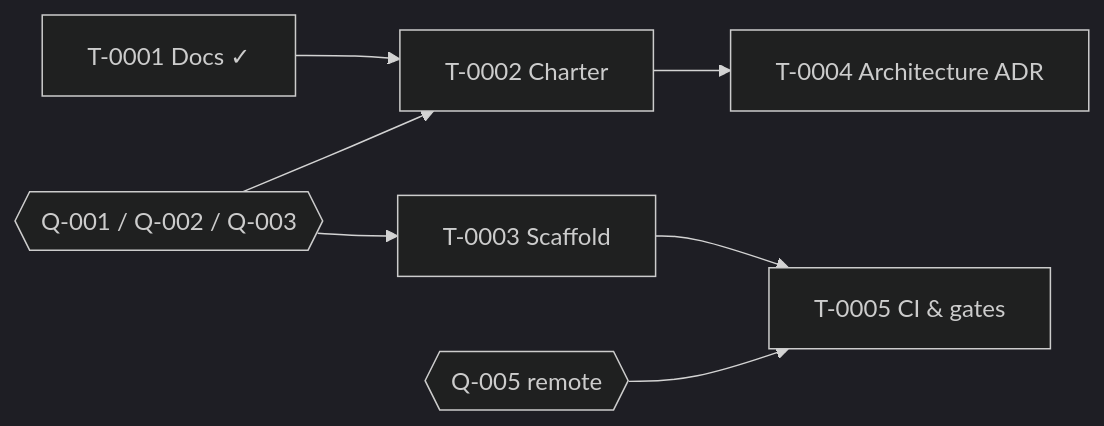
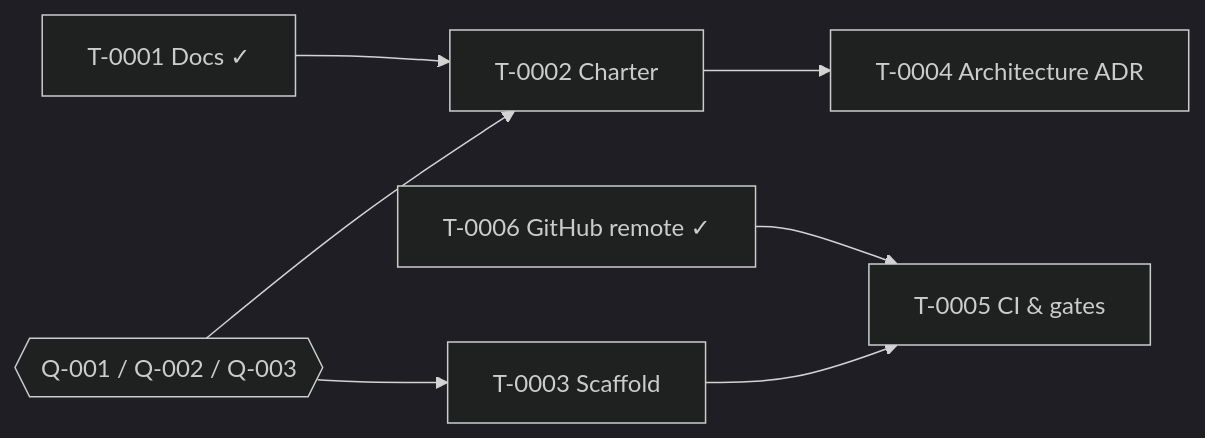
Before and after one commit to emiliev/mini-client-application: the diagram in documents/tasks/BOARD.md, drawn with Mermaid (dark theme). The commit also changed other lines of this file and 13 other files, not shown here.

First line of the commit message:
T-0006: Link GitHub remote and record access details

````diff
--- a/documents/tasks/BOARD.md
+++ b/documents/tasks/BOARD.md
@@ -23,9 +24,9 @@
 ```mermaid
 flowchart LR
     T1[T-0001 Docs ✓] --> T2[T-0002 Charter]
+    T6[T-0006 GitHub remote ✓] --> T5
     Q1{{Q-001 / Q-002 / Q-003}} --> T2
     Q1 --> T3[T-0003 Scaffold]
     T2 --> T4[T-0004 Architecture ADR]
     T3 --> T5[T-0005 CI & gates]
-    Q5{{Q-005 remote}} --> T5
 ```
````
